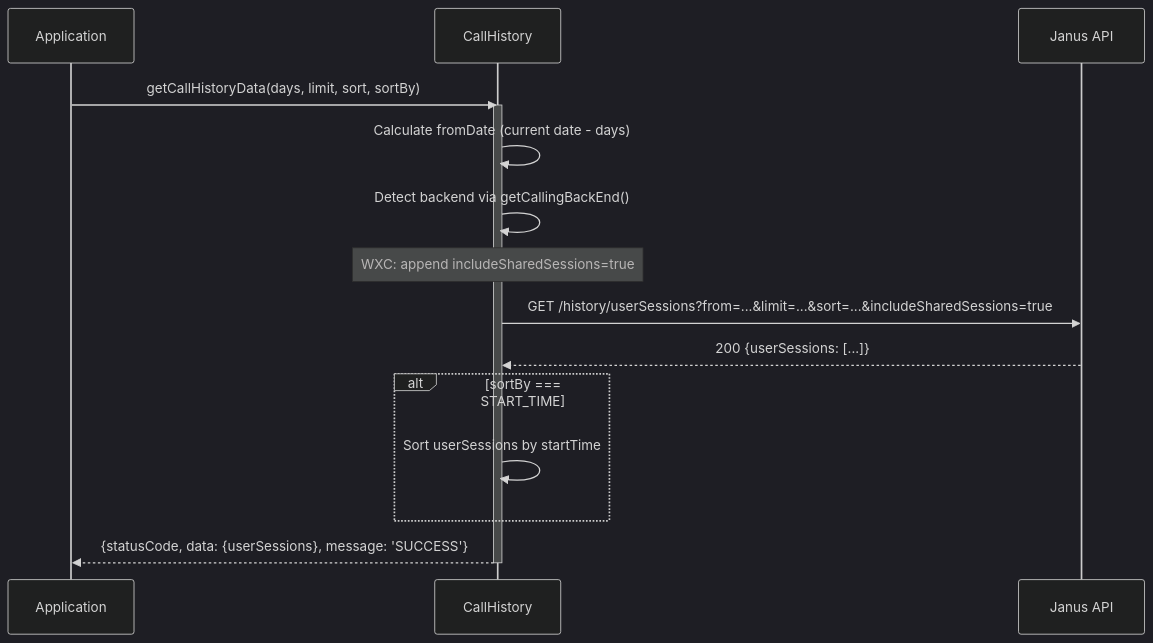
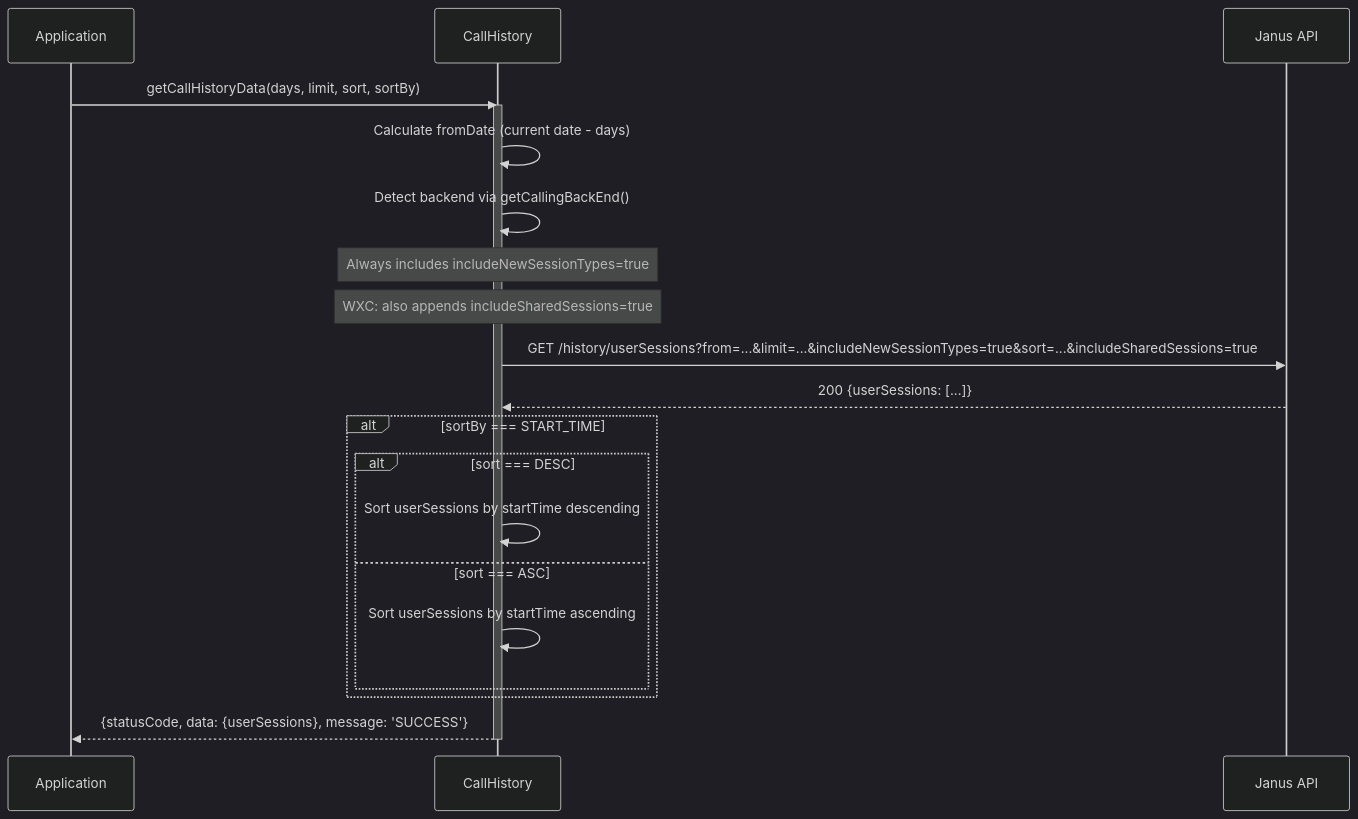
One commit to webex/webex-js-sdk changed the second of 6 diagrams in packages/calling/src/CallHistory/ai-docs/ARCHITECTURE.md. Above: the diagram before and after it, drawn with Mermaid (dark theme). The commit also changed other lines of this file and 1 other file, not shown here.

````diff
--- a/packages/calling/src/CallHistory/ai-docs/ARCHITECTURE.md
+++ b/packages/calling/src/CallHistory/ai-docs/ARCHITECTURE.md
@@ -79,23 +79,28 @@
 ```mermaid
 sequenceDiagram
     participant App as Application
     participant CH as CallHistory
     participant Janus as Janus API
 
     App->>CH: getCallHistoryData(days, limit, sort, sortBy)
     activate CH
     CH->>CH: Calculate fromDate (current date - days)
     CH->>CH: Detect backend via getCallingBackEnd()
 
-    Note over CH: WXC: append includeSharedSessions=true
+    Note over CH: Always includes includeNewSessionTypes=true
+    Note over CH: WXC: also appends includeSharedSessions=true
 
-    CH->>Janus: GET /history/userSessions?from=...&limit=...&sort=...&includeSharedSessions=true
+    CH->>Janus: GET /history/userSessions?from=...&limit=...&includeNewSessionTypes=true&sort=...&includeSharedSessions=true
     Janus-->>CH: 200 {userSessions: [...]}
 
     alt sortBy === START_TIME
-        CH->>CH: Sort userSessions by startTime
+        alt sort === DESC
+            CH->>CH: Sort userSessions by startTime descending
+        else sort === ASC
+            CH->>CH: Sort userSessions by startTime ascending
+        end
     end
 
     CH-->>App: {statusCode, data: {userSessions}, message: 'SUCCESS'}
     deactivate CH
 ```
````
